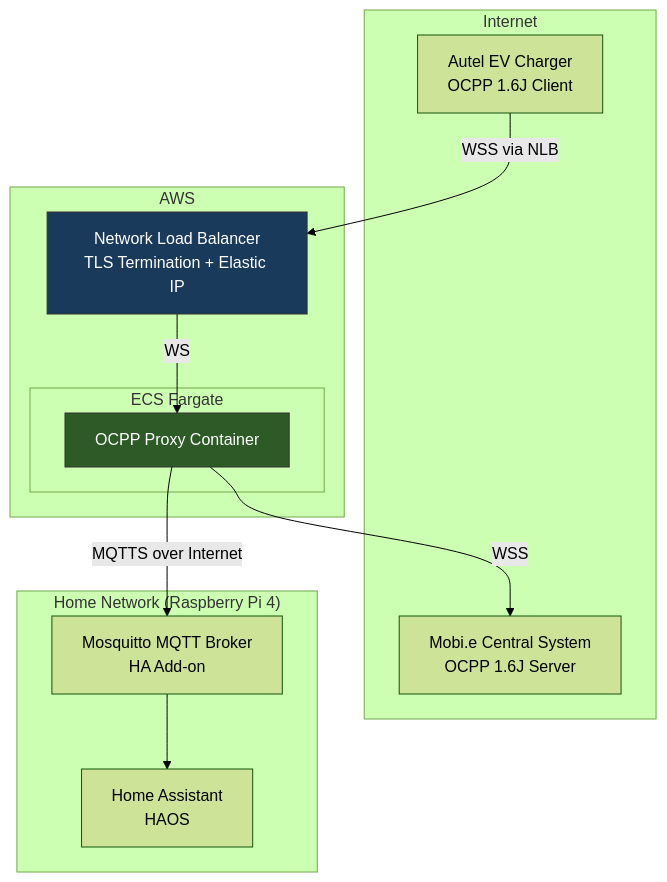
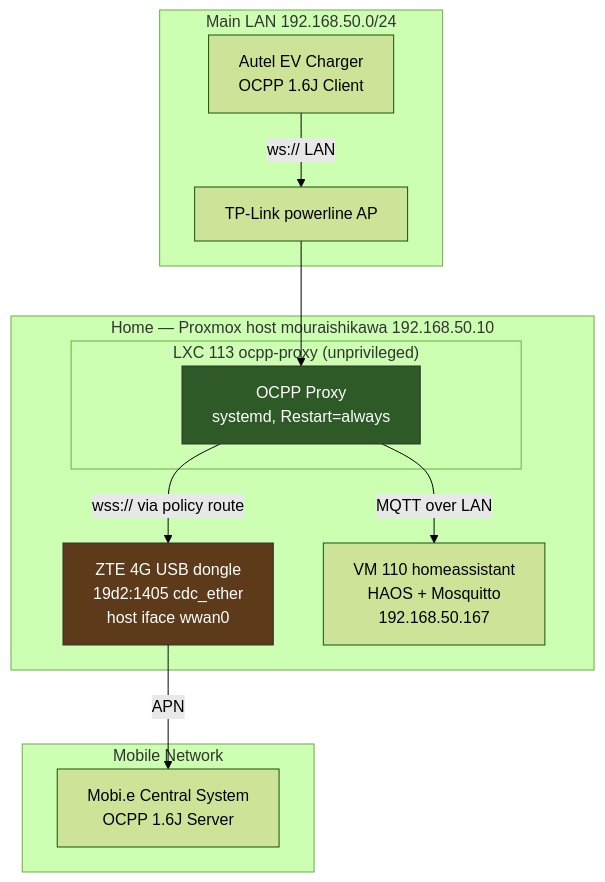
Before and after one commit to damasiormoura/ocpp-proxy: the first of 4 diagrams in .kiro/specs/ocpp-proxy-ha-integration/design.md, drawn with Mermaid (forest theme). The commit also changed other lines of this file and 18 other files, not shown here.

First line of the commit message:
Move deployment from AWS ECS to a Proxmox LXC with a 4G APN uplink

````diff
--- a/.kiro/specs/ocpp-proxy-ha-integration/design.md
+++ b/.kiro/specs/ocpp-proxy-ha-integration/design.md
@@ -29,28 +35,28 @@
 ```mermaid
 graph TB
-    subgraph "Internet"
-        Charger[Autel EV Charger<br/>OCPP 1.6J Client]
-        CentralSystem[Mobi.e Central System<br/>OCPP 1.6J Server]
+    subgraph Mobile["Mobile Network"]
+        CentralSystem["Mobi.e Central System<br/>OCPP 1.6J Server"]
     end
 
-    subgraph "AWS"
-        NLB[Network Load Balancer<br/>TLS Termination + Elastic IP]
-        subgraph "ECS Fargate"
-            Proxy[OCPP Proxy Container]
+    subgraph Home["Home — Proxmox host mouraishikawa 192.168.50.10"]
+        Dongle["ZTE 4G USB dongle<br/>19d2:1405 cdc_ether<br/>host iface wwan0"]
+        subgraph LXC["LXC 113 ocpp-proxy (unprivileged)"]
+            Proxy["OCPP Proxy<br/>systemd, Restart=always"]
         end
+        HA["VM 110 homeassistant<br/>HAOS + Mosquitto<br/>192.168.50.167"]
     end
 
-    subgraph "Home Network (Raspberry Pi 4)"
-        MQTT[Mosquitto MQTT Broker<br/>HA Add-on]
-        HA[Home Assistant<br/>HAOS]
+    subgraph LAN["Main LAN 192.168.50.0/24"]
+        Powerline["TP-Link powerline AP"]
+        Charger["Autel EV Charger<br/>OCPP 1.6J Client"]
     end
 
-    Charger -->|WSS via NLB| NLB
-    NLB -->|WS| Proxy
-    Proxy -->|WSS| CentralSystem
-    Proxy -->|MQTTS over Internet| MQTT
-    MQTT --> HA
+    Charger -->|"ws:// LAN"| Powerline
+    Powerline --> Proxy
+    Proxy -->|"wss:// via policy route"| Dongle
+    Dongle -->|"APN"| CentralSystem
+    Proxy -->|"MQTT over LAN"| HA
 
     style Proxy fill:#2d5a27,stroke:#333,color:#fff
-    style NLB fill:#1a3a5c,stroke:#333,color:#fff
+    style Dongle fill:#5c3a1a,stroke:#333,color:#fff
 ```
````
